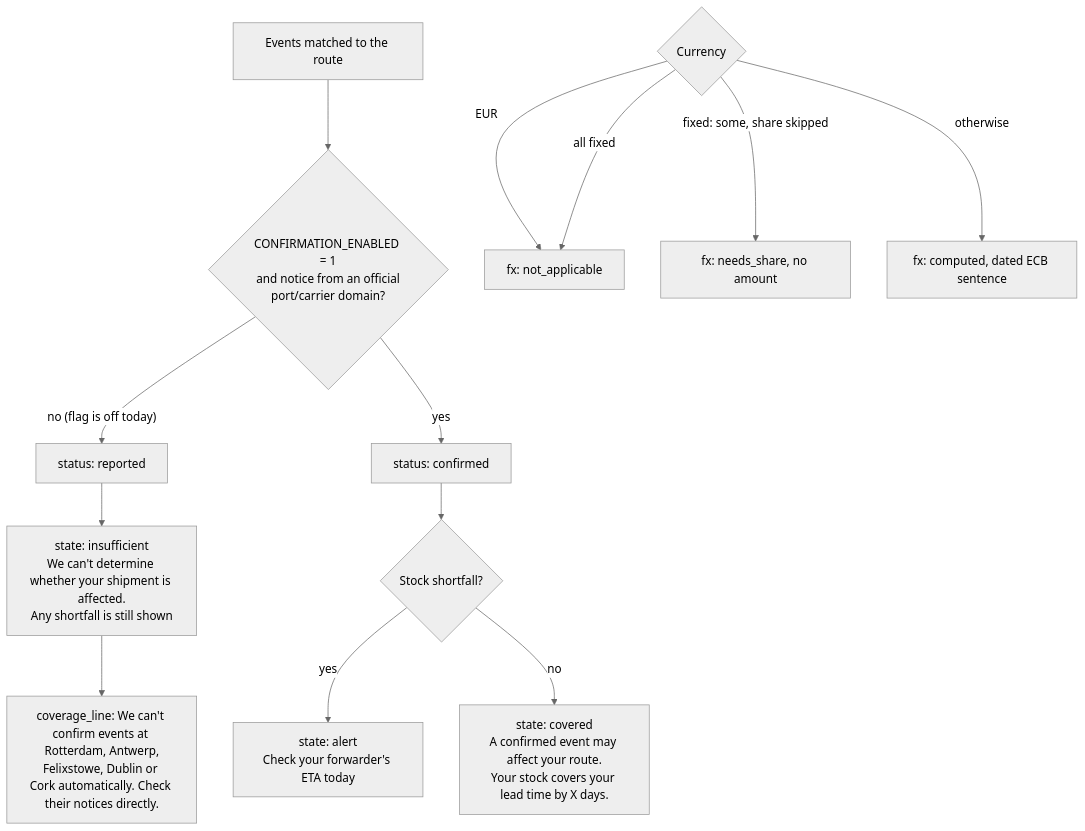
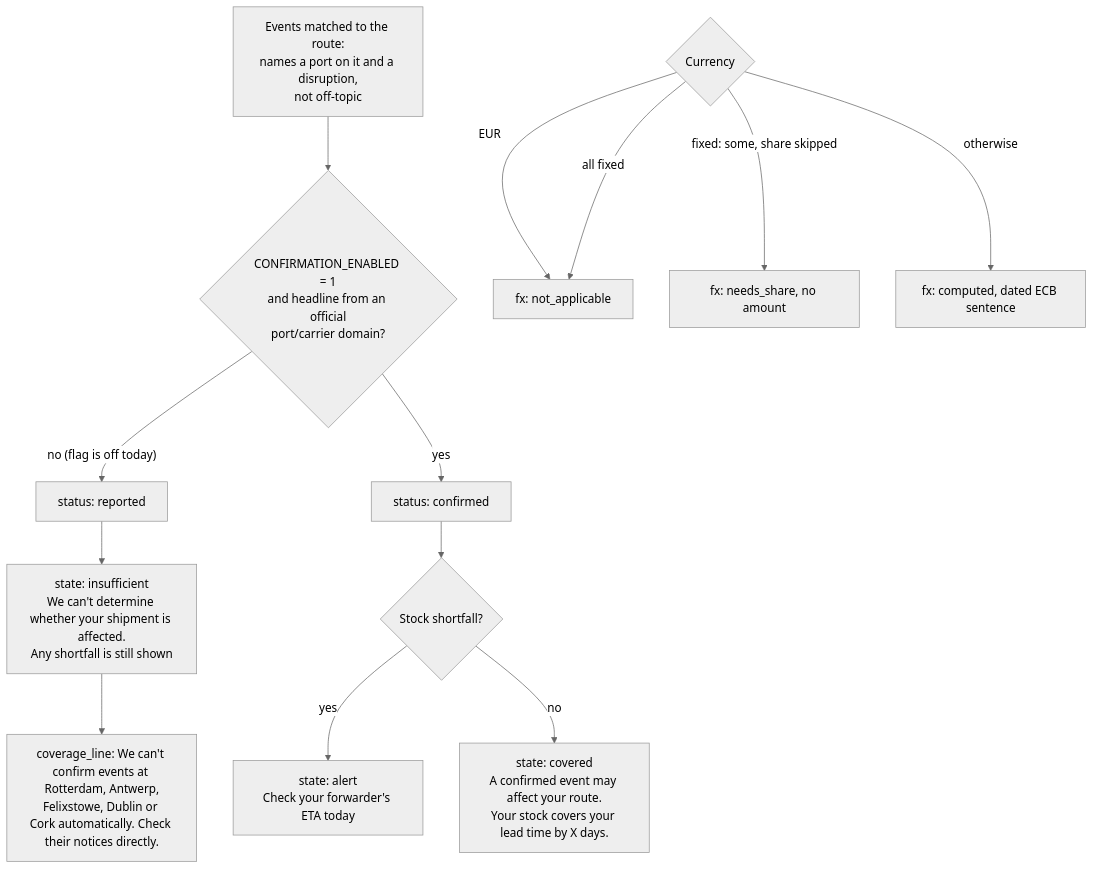
One commit to isabellelynch/in-time-corkathon-2026 changed the second of 2 diagrams in README.md. Above: the diagram before and after it, drawn with Mermaid (neutral theme). The commit also changed other lines of this file, not shown here.

````diff
--- a/README.md
+++ b/README.md
@@ -61,15 +76,15 @@
 ```mermaid
 flowchart TD
-  A[Events matched to the route] --> Q{CONFIRMATION_ENABLED = 1<br/>and notice from an official<br/>port/carrier domain?}
+  A[Events matched to the route:<br/>names a port on it and a disruption,<br/>not off-topic] --> Q{CONFIRMATION_ENABLED = 1<br/>and headline from an official<br/>port/carrier domain?}
   Q -- "no (flag is off today)" --> REP[status: reported]
   Q -- yes --> CON[status: confirmed]
   CON --> SH{Stock shortfall?}
   SH -- yes --> AL[state: alert<br/>Check your forwarder's ETA today]
   SH -- no --> CV[state: covered<br/>A confirmed event may affect your route.<br/>Your stock covers your lead time by X days.]
   REP --> AB[state: insufficient<br/>We can't determine whether your shipment is affected.<br/>Any shortfall is still shown]
   AB --> CL[coverage_line: We can't confirm events at Rotterdam, Antwerp,<br/>Felixstowe, Dublin or Cork automatically. Check their notices directly.]
   FX{Currency} -- EUR --> NA[fx: not_applicable]
   FX -- "fixed: some, share skipped" --> NS[fx: needs_share, no amount]
   FX -- "all fixed" --> NA
   FX -- otherwise --> CP[fx: computed, dated ECB sentence]
 ```
````
